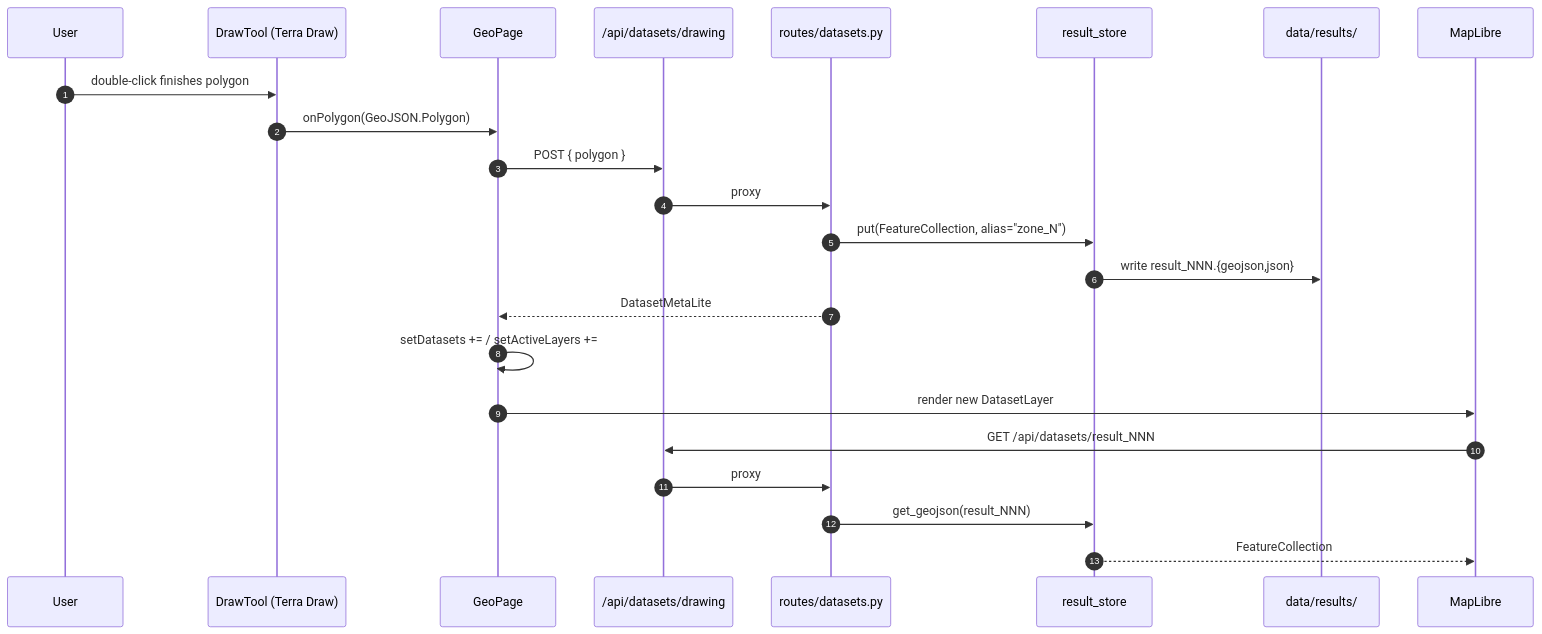
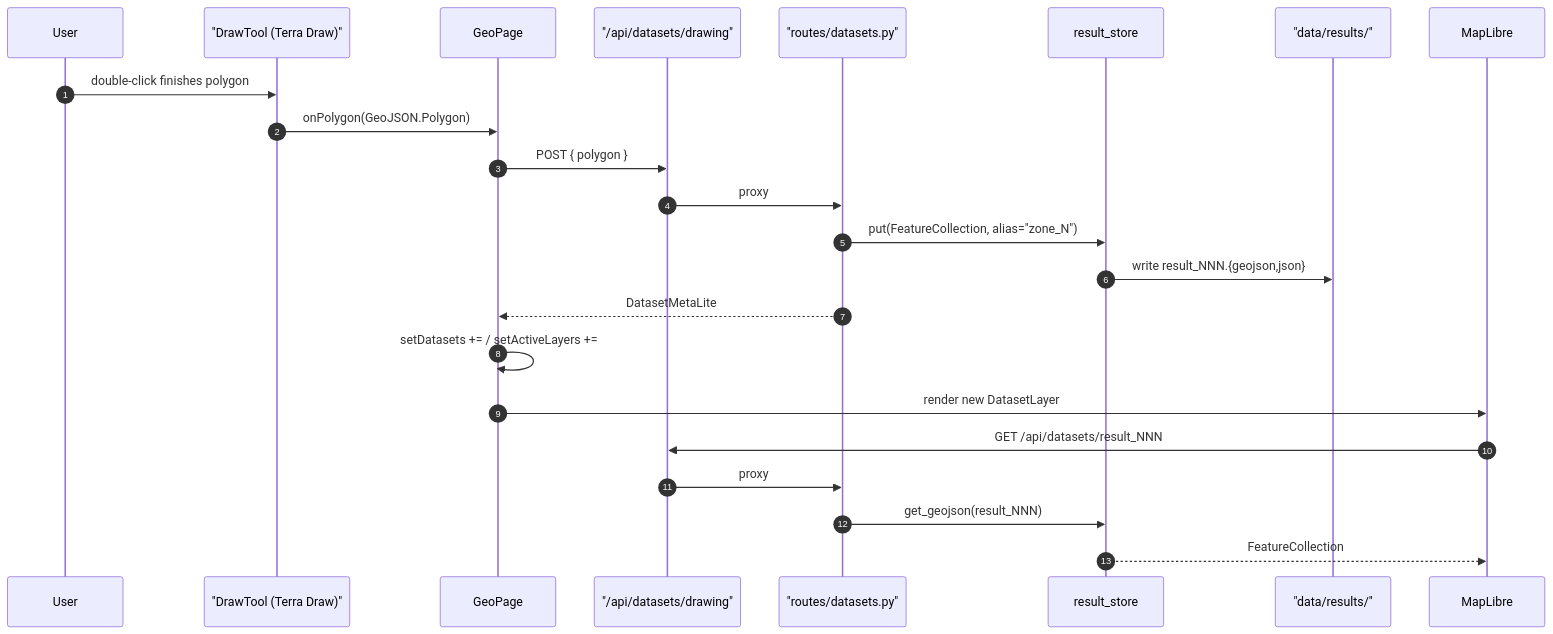
The seventh of 9 diagrams in docs/ARCHITECTURE.md (julien-riel/geo-agent), drawn with Mermaid before and after one commit. The commit also changed other lines of this file, not shown here.

Commit message:
fix: update sequence diagram labels for consistency and clarity

````diff
--- a/docs/ARCHITECTURE.md
+++ b/docs/ARCHITECTURE.md
@@ -284,26 +284,26 @@
 ```mermaid
 sequenceDiagram
     autonumber
     participant U as User
-    participant DT as DrawTool (Terra Draw)
+    participant DT as "DrawTool (Terra Draw)"
     participant GP as GeoPage
-    participant API as /api/datasets/drawing
-    participant DR as routes/datasets.py
+    participant API as "/api/datasets/drawing"
+    participant DR as "routes/datasets.py"
     participant S as result_store
-    participant FS as data/results/
+    participant FS as "data/results/"
     participant ML as MapLibre
 
     U->>DT: double-click finishes polygon
     DT->>GP: onPolygon(GeoJSON.Polygon)
     GP->>API: POST { polygon }
     API->>DR: proxy
     DR->>S: put(FeatureCollection, alias="zone_N")
     S->>FS: write result_NNN.{geojson,json}
     DR-->>GP: DatasetMetaLite
     GP->>GP: setDatasets += / setActiveLayers +=
     GP->>ML: render new DatasetLayer
     ML->>API: GET /api/datasets/result_NNN
     API->>DR: proxy
     DR->>S: get_geojson(result_NNN)
     S-->>ML: FeatureCollection
 ```
````
